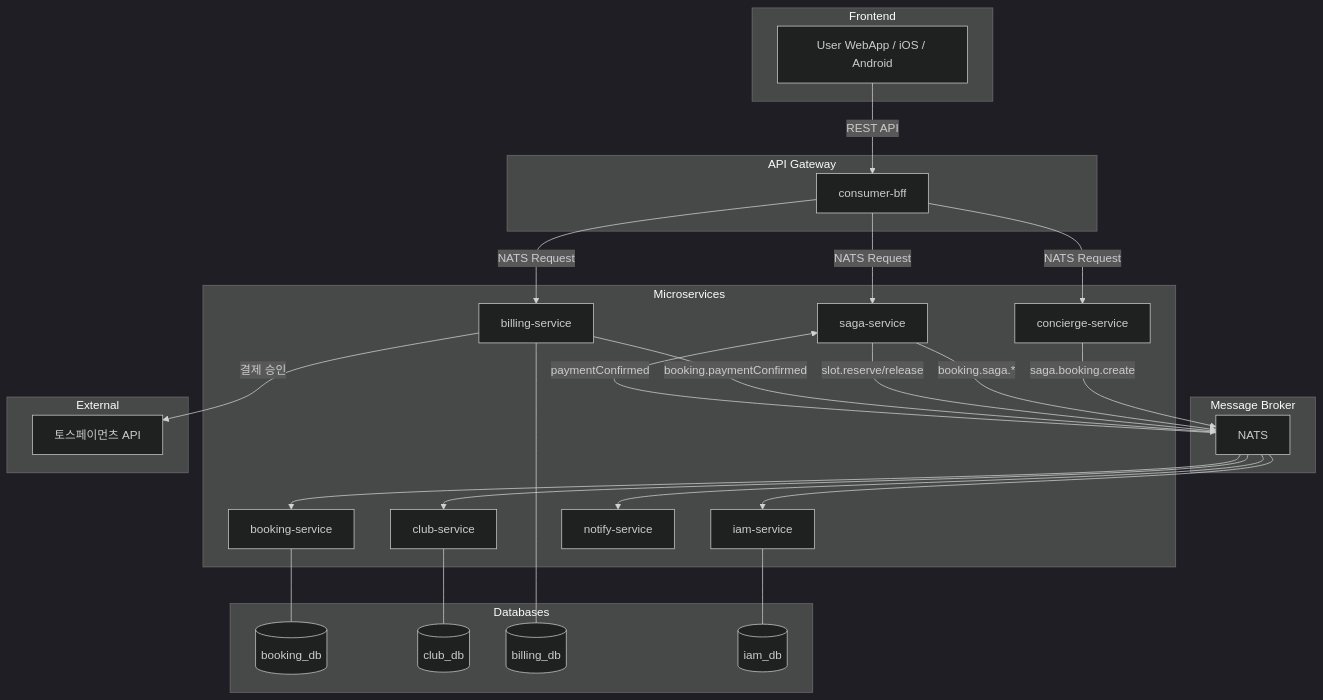
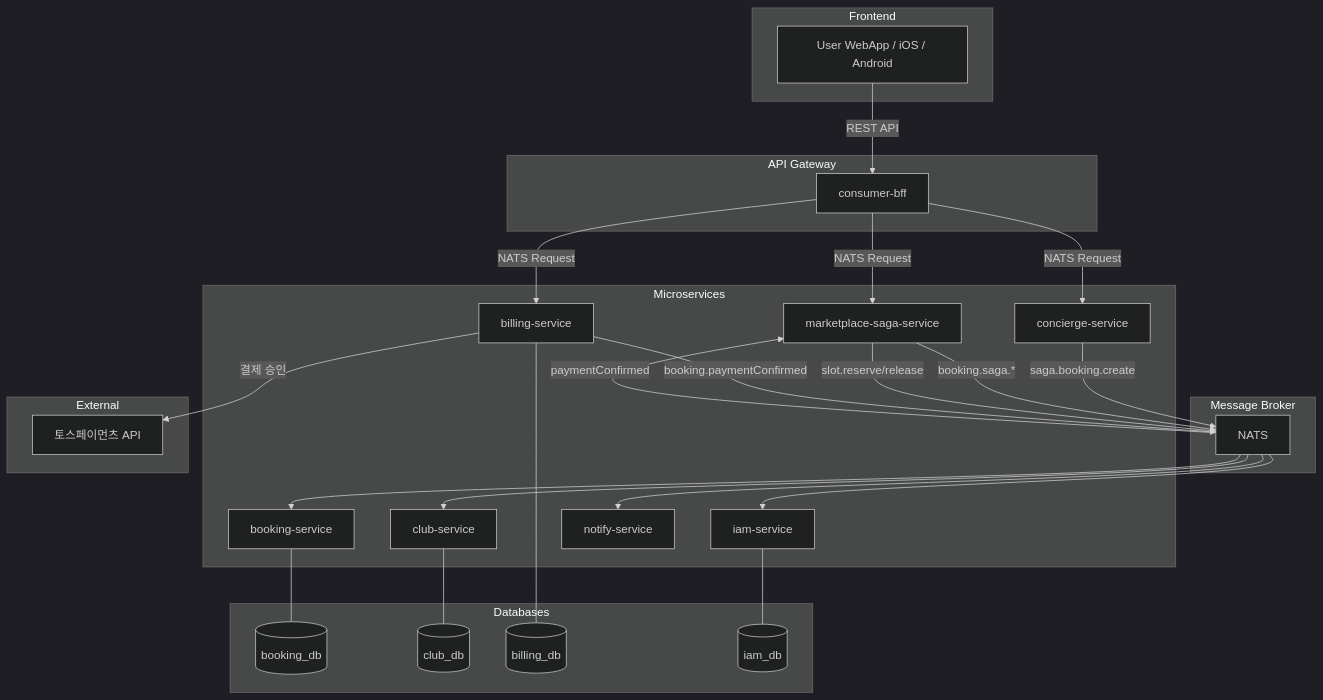
Before and after one commit to uniyous/parkgolf-platform: the first of 15 diagrams in docs/workflow/booking.md, drawn with Mermaid (dark theme). The commit also changed other lines of this file and 70 other files, not shown here.

First line of the commit message:
refactor(saga): saga-service → marketplace-saga-service 리네임 (UNI-127)

````diff
--- a/docs/workflow/booking.md
+++ b/docs/workflow/booking.md
@@ -65,51 +65,51 @@
 ```mermaid
 flowchart TB
     subgraph "Frontend"
         A[User WebApp / iOS / Android]
     end
 
     subgraph "API Gateway"
         B[consumer-bff]
     end
 
     subgraph "Microservices"
-        SAGA[saga-service]
+        SAGA[marketplace-saga-service]
         C[booking-service]
         D[club-service]
         P[billing-service]
         IAM[iam-service]
         E[notify-service]
         AG[concierge-service]
     end
 
     subgraph "Message Broker"
         NATS[NATS]
     end
 
     subgraph "Databases"
         F[(booking_db)]
         G[(club_db)]
         H[(billing_db)]
         I[(iam_db)]
     end
 
     subgraph "External"
         TOSS[토스페이먼츠 API]
     end
 
     A -->|REST API| B
     B -->|NATS Request| SAGA
     B -->|NATS Request| P
     B -->|NATS Request| AG
     AG -->|saga.booking.create| NATS
     SAGA -->|booking.saga.*| NATS
     SAGA -->|slot.reserve/release| NATS
     NATS --> C & D & E & IAM
     P -->|booking.paymentConfirmed| NATS
     NATS -->|paymentConfirmed| SAGA
     P -->|결제 승인| TOSS
     C --- F
     D --- G
     P --- H
     IAM --- I
 ```
````
